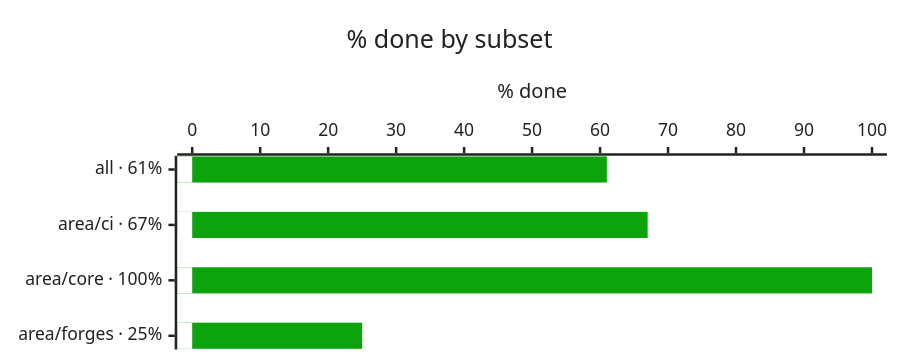
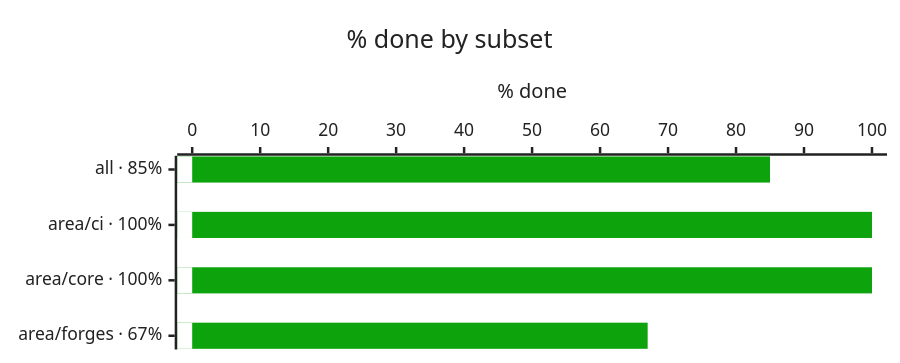
One commit to bvraghav/pmtrack changed the first of 5 diagrams in README.md. Above: the diagram before and after it, drawn with Mermaid. The commit also changed other lines of this file and 4 other files, not shown here.

````diff
--- a/README.md
+++ b/README.md
@@ -5,9 +5,9 @@
 ```mermaid
 %%{init: {"themeVariables": {"xyChart": {"backgroundColor": "#ffffff", "titleColor": "#222222", "plotColorPalette": "#0ca30c,#ffffff", "xAxisLabelColor": "#222222", "xAxisTitleColor": "#222222", "xAxisTickColor": "#222222", "xAxisLineColor": "#222222", "yAxisLabelColor": "#222222", "yAxisTitleColor": "#222222", "yAxisTickColor": "#222222", "yAxisLineColor": "#222222"}}, "xyChart": {"height": 270}}}%%
 xychart-beta horizontal
   title "% done by subset"
-  x-axis ["all · 61%", "area/ci · 67%", "area/core · 100%", "area/forges · 25%"]
+  x-axis ["all · 85%", "area/ci · 100%", "area/core · 100%", "area/forges · 67%"]
   y-axis "% done" 0 --> 100
-  bar [61, 67, 100, 25]
+  bar [85, 100, 100, 67]
   bar [0, 0, 0, 0]
 ```
````
